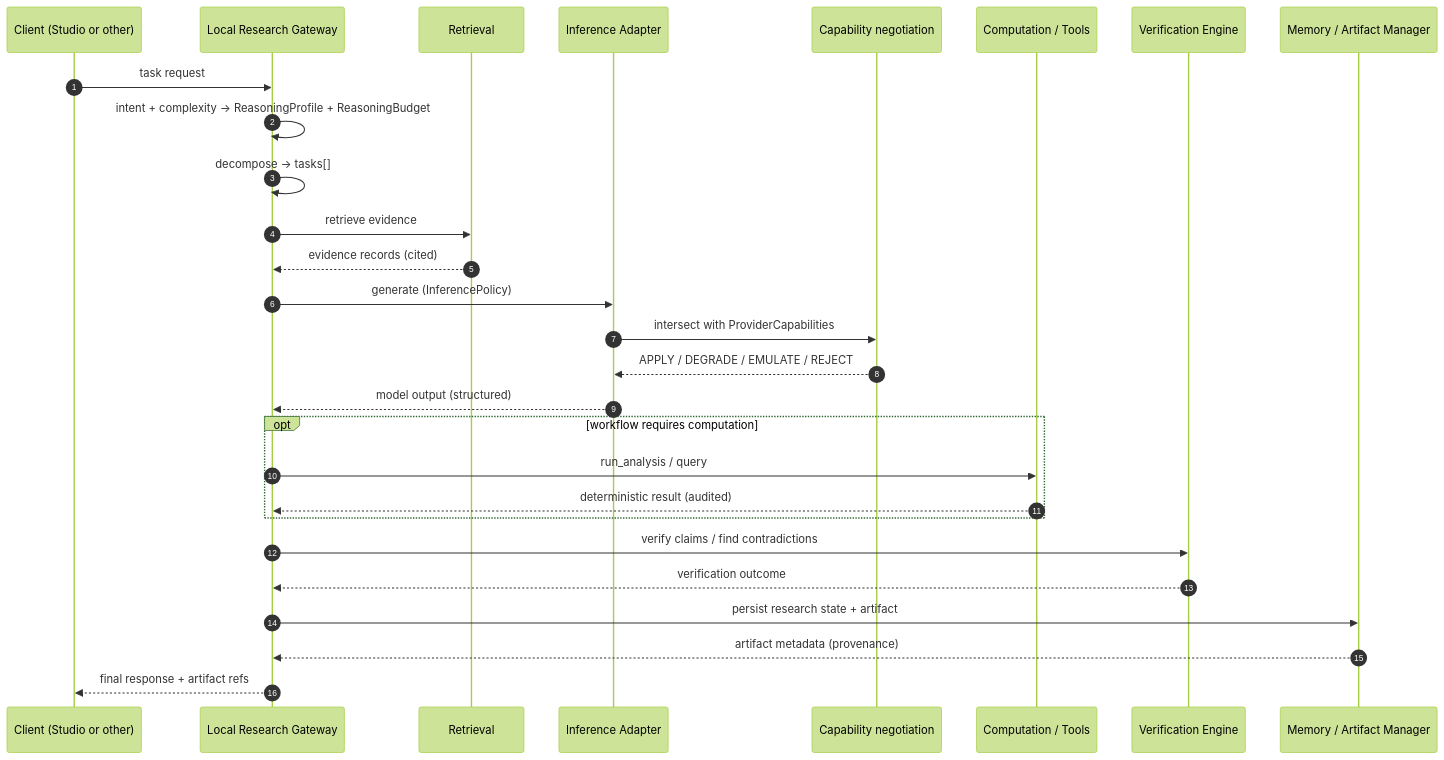
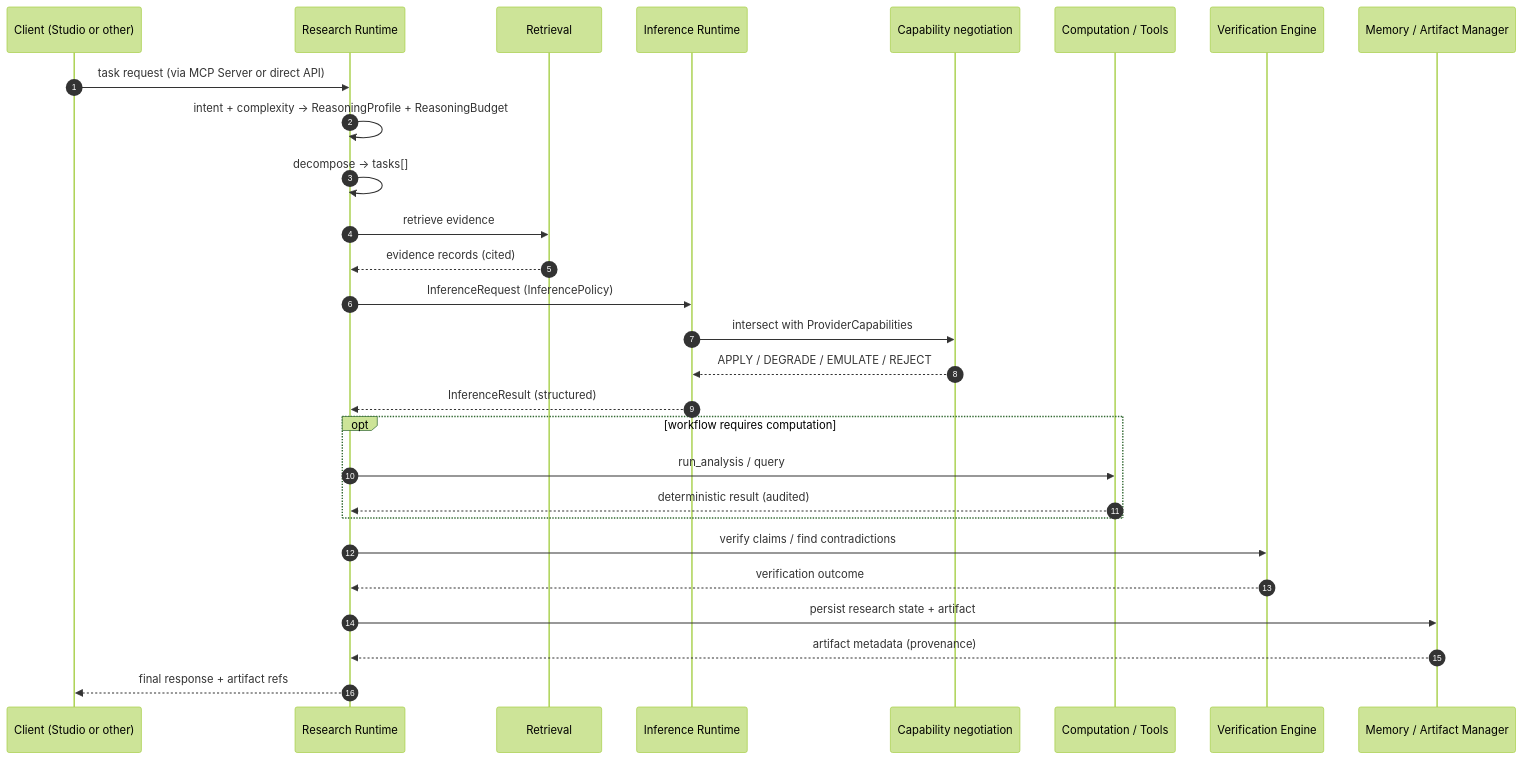
The first of 3 diagrams in docs/architecture/diagrams/data-flow.md (mitem743351/qwen), drawn with Mermaid (forest theme) before and after one commit. The commit also changed other lines of this file and 36 other files, not shown here.

First line of the commit message:
Phase 0.75: runtime boundary and execution architecture

````diff
--- a/docs/architecture/diagrams/data-flow.md
+++ b/docs/architecture/diagrams/data-flow.md
@@ -9,37 +9,37 @@
 ```mermaid
 sequenceDiagram
     autonumber
     participant QS as Client (Studio or other)
-    participant GW as Local Research Gateway
+    participant RR as Research Runtime
     participant RET as Retrieval
-    participant INF as Inference Adapter
+    participant IR as Inference Runtime
     participant NEG as Capability negotiation
     participant CMP as Computation / Tools
     participant VER as Verification Engine
     participant MEM as Memory / Artifact Manager
 
-    QS->>GW: task request
-    GW->>GW: intent + complexity → ReasoningProfile + ReasoningBudget
-    GW->>GW: decompose → tasks[]
+    QS->>RR: task request (via MCP Server or direct API)
+    RR->>RR: intent + complexity → ReasoningProfile + ReasoningBudget
+    RR->>RR: decompose → tasks[]
 
-    GW->>RET: retrieve evidence
-    RET-->>GW: evidence records (cited)
+    RR->>RET: retrieve evidence
+    RET-->>RR: evidence records (cited)
 
-    GW->>INF: generate (InferencePolicy)
-    INF->>NEG: intersect with ProviderCapabilities
-    NEG-->>INF: APPLY / DEGRADE / EMULATE / REJECT
-    INF-->>GW: model output (structured)
+    RR->>IR: InferenceRequest (InferencePolicy)
+    IR->>NEG: intersect with ProviderCapabilities
+    NEG-->>IR: APPLY / DEGRADE / EMULATE / REJECT
+    IR-->>RR: InferenceResult (structured)
 
     opt workflow requires computation
-        GW->>CMP: run_analysis / query
-        CMP-->>GW: deterministic result (audited)
+        RR->>CMP: run_analysis / query
+        CMP-->>RR: deterministic result (audited)
     end
 
-    GW->>VER: verify claims / find contradictions
-    VER-->>GW: verification outcome
+    RR->>VER: verify claims / find contradictions
+    VER-->>RR: verification outcome
 
-    GW->>MEM: persist research state + artifact
-    MEM-->>GW: artifact metadata (provenance)
+    RR->>MEM: persist research state + artifact
+    MEM-->>RR: artifact metadata (provenance)
 
-    GW-->>QS: final response + artifact refs
+    RR-->>QS: final response + artifact refs
 ```
````
